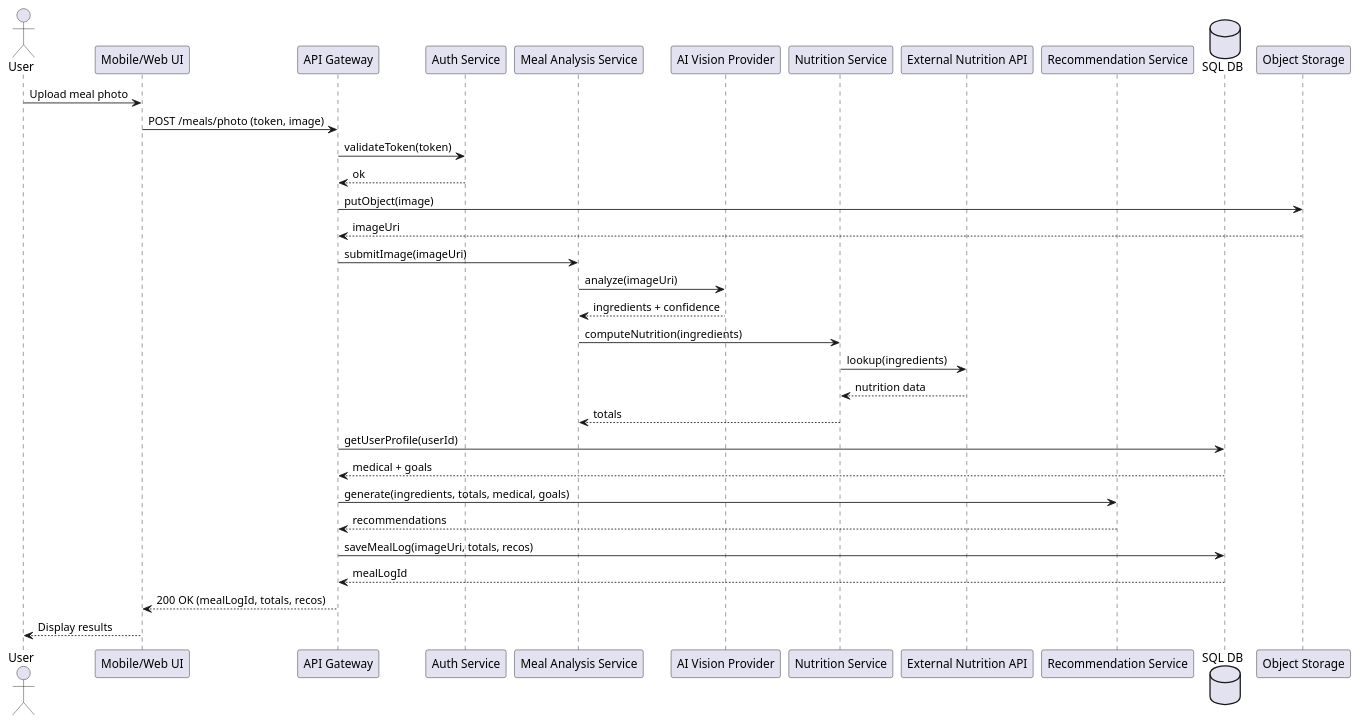
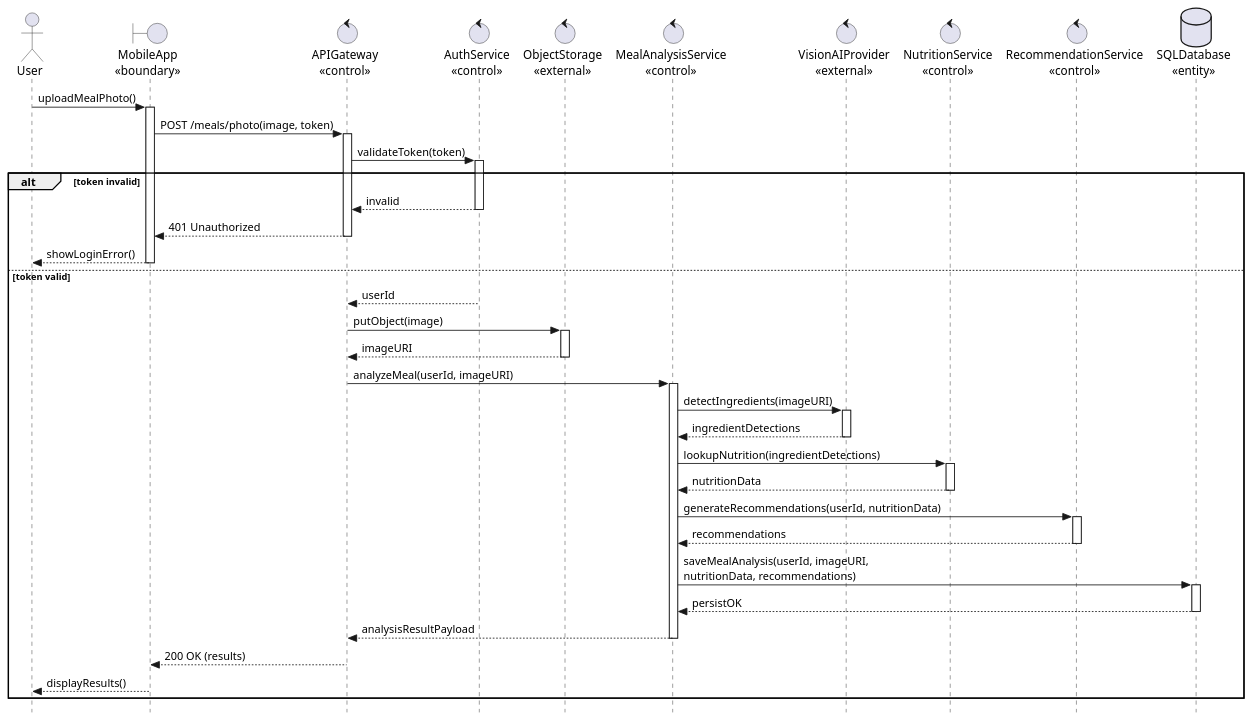
Before and after one commit to efuentesxvii/Meals.ai: the diagram in docs/uml/sequence-diagram.puml, drawn with PlantUML. The commit also changed 20 other files, not shown here.

Commit message:
Update UML and DFD diagrams (class, use cases, sequence)

```diff
--- a/docs/uml/sequence-diagram.puml
+++ b/docs/uml/sequence-diagram.puml
@@ -1,44 +1,77 @@
 @startuml sequence-diagram
+skinparam style strictuml
+skinparam classAttributeIconSize 0
+hide empty methods
+
 actor User
-participant "Mobile/Web UI" as UI
-participant "API Gateway" as API
-participant "Auth Service" as Auth
-participant "Meal Analysis Service" as Analysis
-participant "AI Vision Provider" as Vision
-participant "Nutrition Service" as Nutrition
-participant "External Nutrition API" as NutAPI
-participant "Recommendation Service" as Reco
-database "SQL DB" as DB
-participant "Object Storage" as Store
+boundary "MobileApp\n<<boundary>>" as App
+control "APIGateway\n<<control>>" as API
+control "AuthService\n<<control>>" as Auth
+control "ObjectStorage\n<<external>>" as Storage
+control "MealAnalysisService\n<<control>>" as Analysis
+control "VisionAIProvider\n<<external>>" as VisionAI
+control "NutritionService\n<<control>>" as Nutrition
+control "RecommendationService\n<<control>>" as Recommend
+database "SQLDatabase\n<<entity>>" as DB
 
-User -> UI : Upload meal photo
-UI -> API : POST /meals/photo (token, image)
+User -> App : uploadMealPhoto()
+activate App
+
+App -> API : POST /meals/photo(image, token)
+activate API
 
 API -> Auth : validateToken(token)
-Auth --> API : ok
+activate Auth
 
-API -> Store : putObject(image)
-Store --> API : imageUri
+alt token invalid
+  Auth --> API : invalid
+  deactivate Auth
 
-API -> Analysis : submitImage(imageUri)
-Analysis -> Vision : analyze(imageUri)
-Vision --> Analysis : ingredients + confidence
+  API --> App : 401 Unauthorized
+  deactivate API
 
-Analysis -> Nutrition : computeNutrition(ingredients)
-Nutrition -> NutAPI : lookup(ingredients)
-NutAPI --> Nutrition : nutrition data
-Nutrition --> Analysis : totals
+  App --> User : showLoginError()
+  deactivate App
+else token valid
+  Auth --> API : userId
+  deactivate Auth
 
-API -> DB : getUserProfile(userId)
-DB --> API : medical + goals
+  API -> Storage : putObject(image)
+  activate Storage
+  Storage --> API : imageURI
+  deactivate Storage
 
-API -> Reco : generate(ingredients, totals, medical, goals)
-Reco --> API : recommendations
+  API -> Analysis : analyzeMeal(userId, imageURI)
+  activate Analysis
 
-API -> DB : saveMealLog(imageUri, totals, recos)
-DB --> API : mealLogId
+  Analysis -> VisionAI : detectIngredients(imageURI)
+  activate VisionAI
+  VisionAI --> Analysis : ingredientDetections
+  deactivate VisionAI
 
-API --> UI : 200 OK (mealLogId, totals, recos)
-UI --> User : Display results
+  Analysis -> Nutrition : lookupNutrition(ingredientDetections)
+  activate Nutrition
+  Nutrition --> Analysis : nutritionData
+  deactivate Nutrition
+
+  Analysis -> Recommend : generateRecommendations(userId, nutritionData)
+  activate Recommend
+  Recommend --> Analysis : recommendations
+  deactivate Recommend
+
+  Analysis -> DB : saveMealAnalysis(userId, imageURI,\nnutritionData, recommendations)
+  activate DB
+  DB --> Analysis : persistOK
+  deactivate DB
+
+  Analysis --> API : analysisResultPayload
+  deactivate Analysis
+
+  API --> App : 200 OK (results)
+  deactivate API
+
+  App --> User : displayResults()
+  deactivate App
+end
 
 @enduml
```
